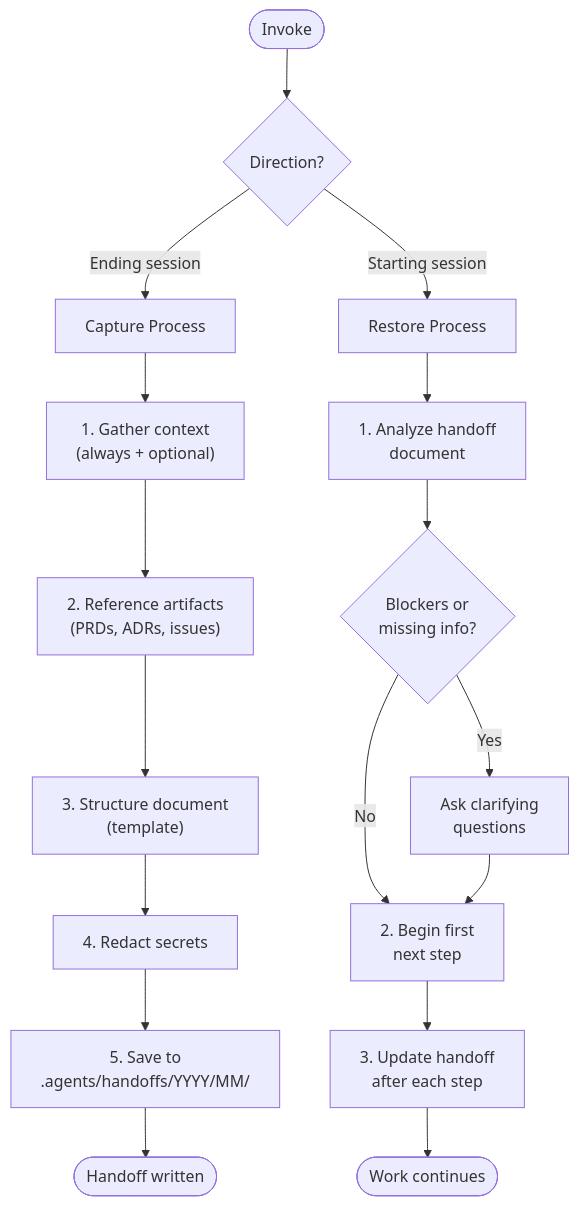
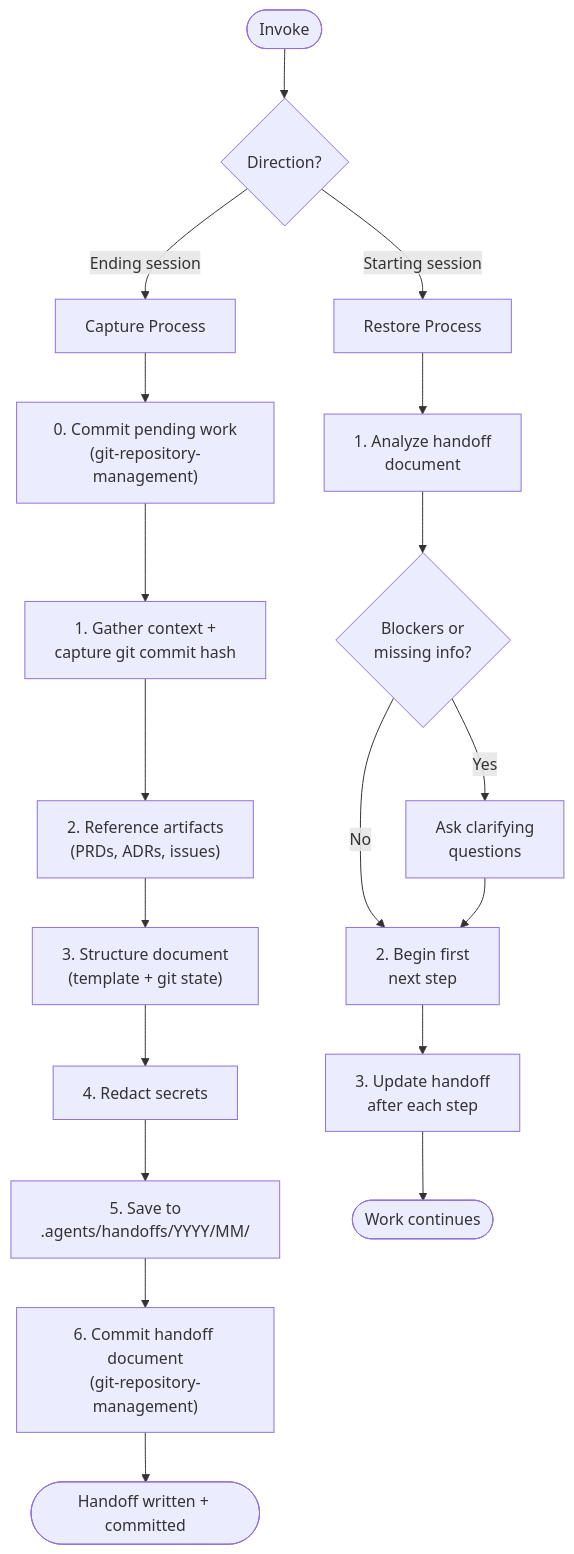
Before and after one commit to levonk/skills-releases: the diagram in skills/ai/handoff/SKILL.md, drawn with Mermaid. The commit also changed other lines of this file and 718 other files, not shown here.

````diff
--- a/skills/ai/handoff/SKILL.md
+++ b/skills/ai/handoff/SKILL.md
@@ -1118,21 +1705,23 @@
 ```mermaid
 flowchart TD
     Start([Invoke]) --> Mode{"Direction?"}
     Mode -->|"Ending session"| Capture["Capture Process"]
     Mode -->|"Starting session"| Restore["Restore Process"]
 
-    Capture --> C1["1. Gather context<br/>(always + optional)"]
+    Capture --> C0["0. Commit pending work<br/>(git-repository-management)"]
+    C0 --> C1["1. Gather context +<br/>capture git commit hash"]
     C1 --> C2["2. Reference artifacts<br/>(PRDs, ADRs, issues)"]
-    C2 --> C3["3. Structure document<br/>(template)"]
+    C2 --> C3["3. Structure document<br/>(template + git state)"]
     C3 --> C4["4. Redact secrets"]
     C4 --> C5["5. Save to<br/>.agents/handoffs/YYYY/MM/"]
-    C5 --> DoneCapture([Handoff written])
+    C5 --> C6["6. Commit handoff document<br/>(git-repository-management)"]
+    C6 --> DoneCapture([Handoff written + committed])
 
     Restore --> R1["1. Analyze handoff<br/>document"]
     R1 --> R2{"Blockers or<br/>missing info?"}
     R2 -->|"Yes"| Ask["Ask clarifying<br/>questions"]
     R2 -->|"No"| R3["2. Begin first<br/>next step"]
     Ask --> R3
     R3 --> R4["3. Update handoff<br/>after each step"]
     R4 --> DoneRestore([Work continues])
 ```
````
